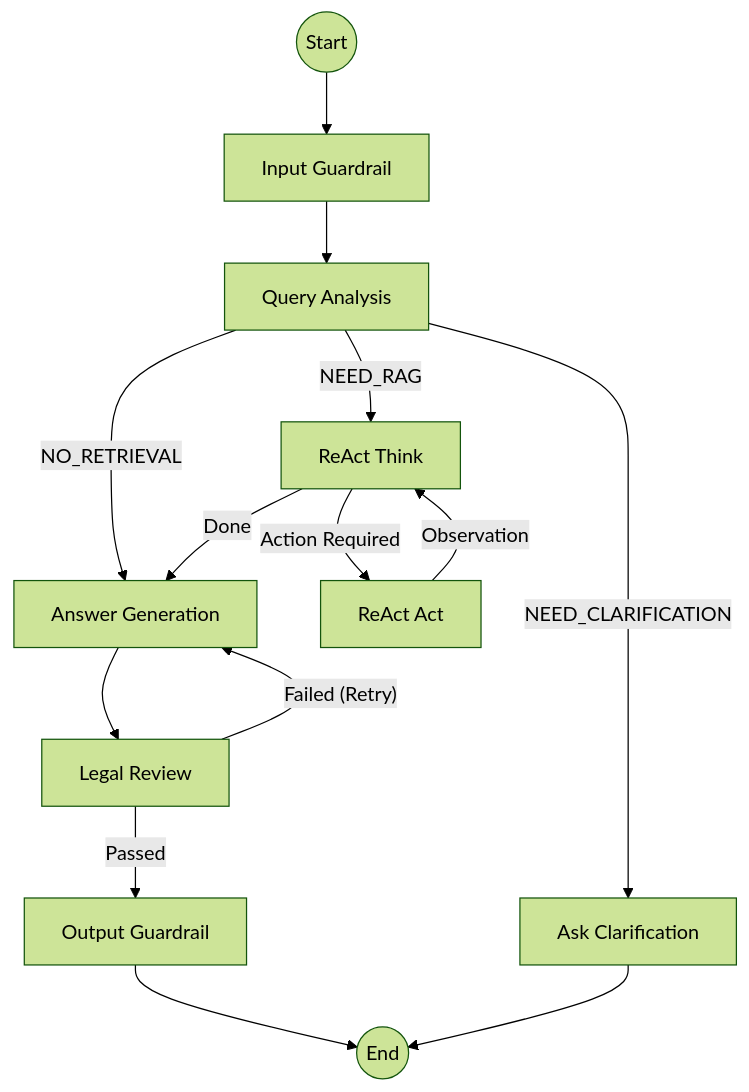
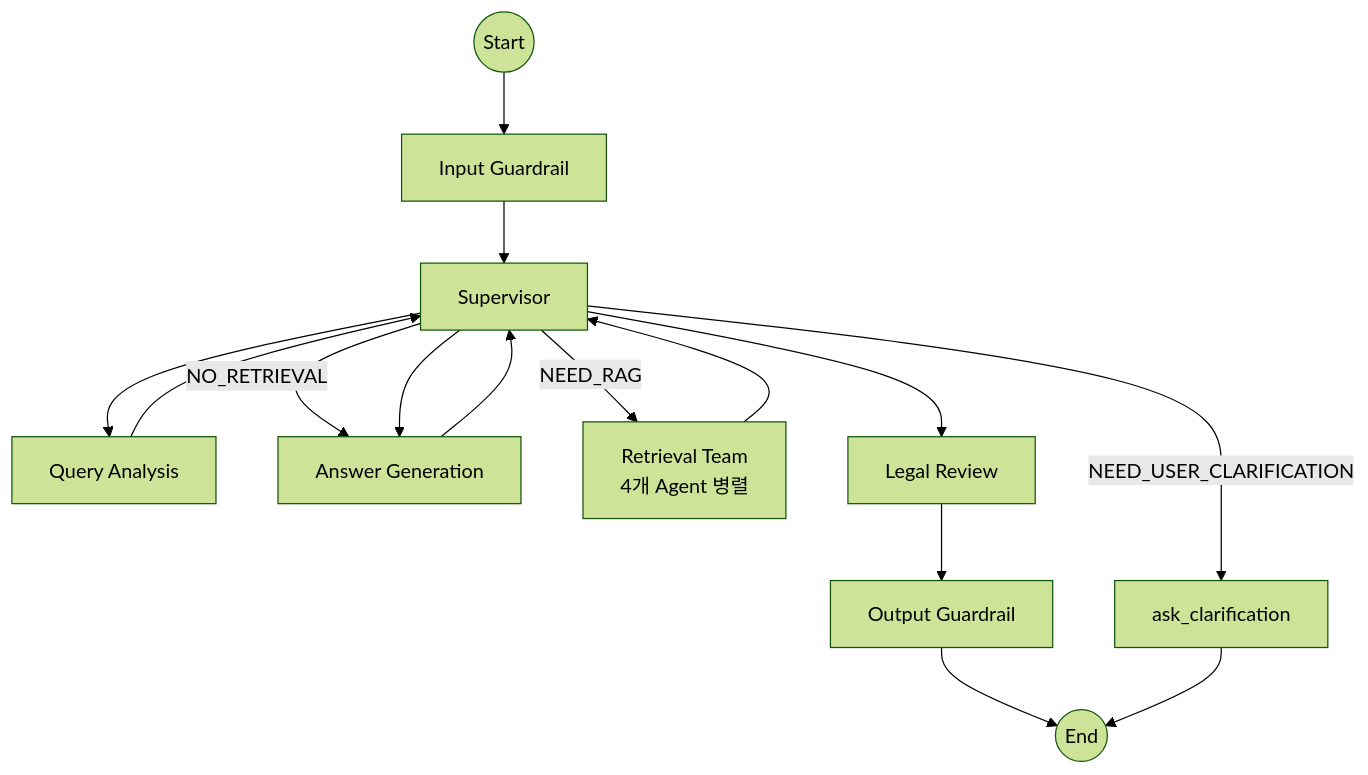
One commit to Maroco0109/Ddoksori changed the diagram in backend/app/supervisor/README.md. Above: the diagram before and after it, drawn with Mermaid (forest theme). The commit also changed other lines of this file and 3 other files, not shown here.

````diff
--- a/backend/app/supervisor/README.md
+++ b/backend/app/supervisor/README.md
@@ -38,22 +57,22 @@
 ```mermaid
 flowchart TD
     Start((Start)) --> InputGuard[Input Guardrail]
-    InputGuard --> Analysis[Query Analysis]
-    
-    Analysis -- NO_RETRIEVAL --> Generation
-    Analysis -- NEED_CLARIFICATION --> Clarify[Ask Clarification]
-    Analysis -- NEED_RAG --> Think[ReAct Think]
-    
-    Think -- Action Required --> Act[ReAct Act]
-    Think -- Done --> Generation[Answer Generation]
-    
-    Act -- Observation --> Think
-    
-    Generation --> Review[Legal Review]
-    
-    Review -- Passed --> OutputGuard[Output Guardrail]
-    Review -- Failed (Retry) --> Generation
-    
+    InputGuard --> Supervisor[Supervisor]
+
+    Supervisor --> Analysis[Query Analysis]
+    Analysis --> Supervisor
+
+    Supervisor -- "NEED_USER_CLARIFICATION" --> Clarify[ask_clarification]
+    Supervisor -- "NO_RETRIEVAL" --> Generation
+    Supervisor -- "NEED_RAG" --> Retrieval[Retrieval Team<br/>4개 Agent 병렬]
+
+    Retrieval --> Supervisor
+    Supervisor --> Generation[Answer Generation]
+
+    Generation --> Supervisor
+    Supervisor --> Review[Legal Review]
+
+    Review --> OutputGuard[Output Guardrail]
     OutputGuard --> End((End))
     Clarify --> End
 ```
````
